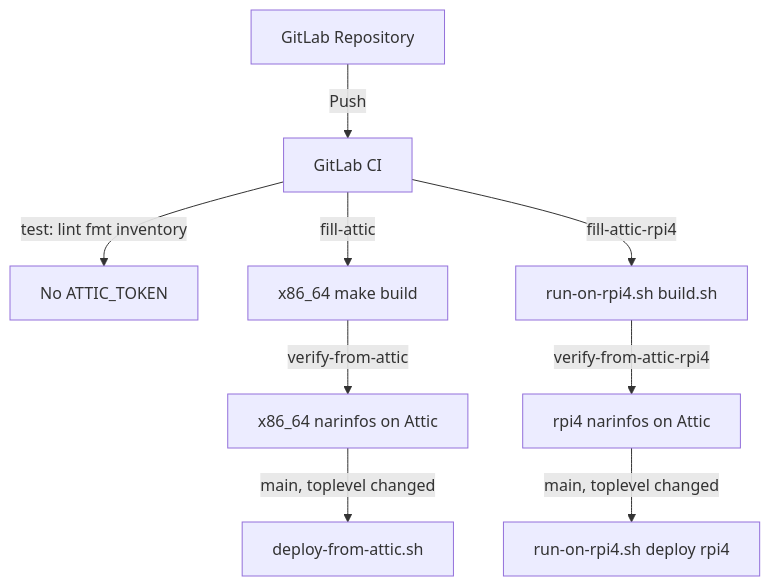
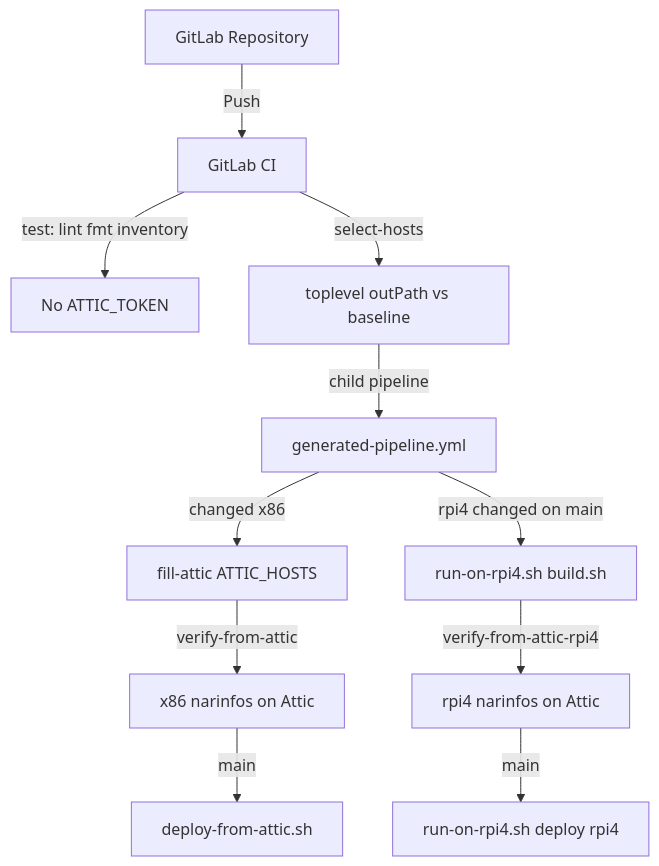
One commit to alexthemayers/nixos-fleet changed the diagram in docs/deployments.md. Above: the diagram before and after it, drawn with Mermaid. The commit also changed other lines of this file and 15 other files, not shown here.

````diff
--- a/docs/deployments.md
+++ b/docs/deployments.md
@@ -17,11 +17,13 @@
 ```mermaid
 graph TD
     GitLab[GitLab Repository] -->|Push| CI[GitLab CI]
     CI -->|test: lint fmt inventory| Test[No ATTIC_TOKEN]
-    CI -->|fill-attic| Fill[x86_64 make build]
-    CI -->|fill-attic-rpi4| FillPi[run-on-rpi4.sh build.sh]
-    Fill -->|verify-from-attic| Prove[x86_64 narinfos on Attic]
+    CI -->|select-hosts| Select[toplevel outPath vs baseline]
+    Select -->|child pipeline| Child[generated-pipeline.yml]
+    Child -->|changed x86| Fill[fill-attic ATTIC_HOSTS]
+    Child -->|rpi4 changed on main| FillPi[run-on-rpi4.sh build.sh]
+    Fill -->|verify-from-attic| Prove[x86 narinfos on Attic]
     FillPi -->|verify-from-attic-rpi4| ProvePi[rpi4 narinfos on Attic]
-    Prove -->|main, toplevel changed| Deploy[deploy-from-attic.sh]
-    ProvePi -->|main, toplevel changed| DeployPi[run-on-rpi4.sh deploy rpi4]
+    Prove -->|main| Deploy[deploy-from-attic.sh]
+    ProvePi -->|main| DeployPi[run-on-rpi4.sh deploy rpi4]
 ```
````
